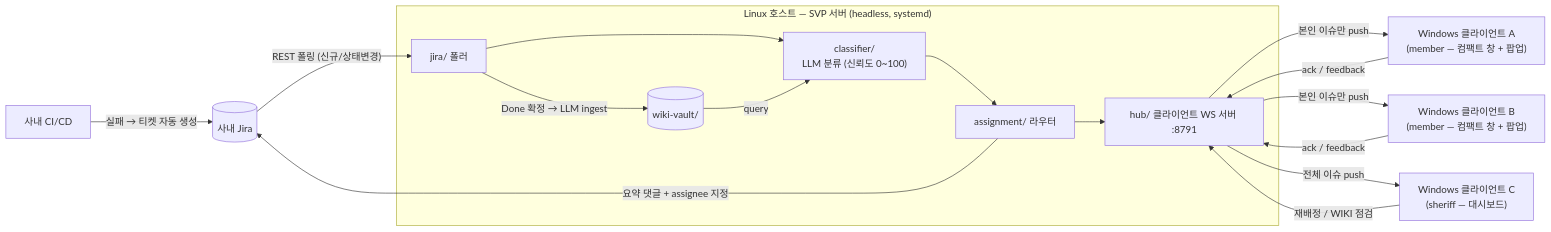
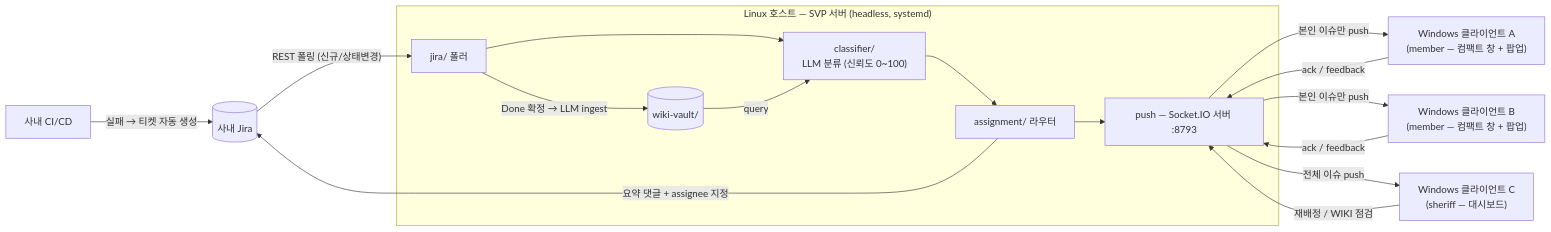
Before and after one commit to shin-son/sheriff-avatar-project: the diagram in docs/ARCHITECTURE.md, drawn with Mermaid. The commit also changed other lines of this file and 3 other files, not shown here.

````diff
--- a/docs/ARCHITECTURE.md
+++ b/docs/ARCHITECTURE.md
@@ -23,19 +40,19 @@
 ```mermaid
 flowchart LR
     CI["사내 CI/CD"] -- "실패 → 티켓 자동 생성" --> JIRA[("사내 Jira")]
     subgraph SERVER["Linux 호스트 — SVP 서버 (headless, systemd)"]
         POLLER["jira/ 폴러"] --> CLS["classifier/<br/>LLM 분류 (신뢰도 0~100)"]
         WIKI[("wiki-vault/")] -- "query" --> CLS
         CLS --> ROUTER["assignment/ 라우터"]
-        ROUTER --> HUB["hub/ 클라이언트 WS 서버 :8791"]
+        ROUTER --> HUB["push — Socket.IO 서버 :8793"]
         POLLER -- "Done 확정 → LLM ingest" --> WIKI
     end
     JIRA -- "REST 폴링 (신규/상태변경)" --> POLLER
     ROUTER -- "요약 댓글 + assignee 지정" --> JIRA
     HUB -- "본인 이슈만 push" --> A["Windows 클라이언트 A<br/>(member — 컴팩트 창 + 팝업)"]
     HUB -- "본인 이슈만 push" --> B["Windows 클라이언트 B<br/>(member — 컴팩트 창 + 팝업)"]
     HUB -- "전체 이슈 push" --> C["Windows 클라이언트 C<br/>(sheriff — 대시보드)"]
     A -- "ack / feedback" --> HUB
     B -- "ack / feedback" --> HUB
     C -- "재배정 / WIKI 점검" --> HUB
 ```
````
